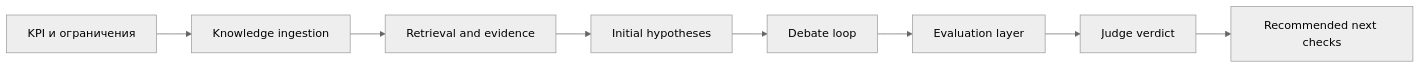
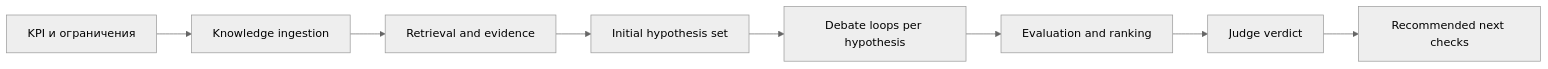
Before and after one commit to KroJIak/hypothesis-court: the first of 2 diagrams in docs/02-Product-Model.md, drawn with Mermaid (neutral theme). The commit also changed other lines of this file and 29 other files, not shown here.

````diff
--- a/docs/02-Product-Model.md
+++ b/docs/02-Product-Model.md
@@ -15,10 +15,10 @@
 ```mermaid
 flowchart LR
     A[KPI и ограничения] --> B[Knowledge ingestion]
     B --> C[Retrieval and evidence]
-    C --> D[Initial hypotheses]
-    D --> E[Debate loop]
-    E --> F[Evaluation layer]
+    C --> D[Initial hypothesis set]
+    D --> E[Debate loops per hypothesis]
+    E --> F[Evaluation and ranking]
     F --> G[Judge verdict]
     G --> H[Recommended next checks]
 ```
````
